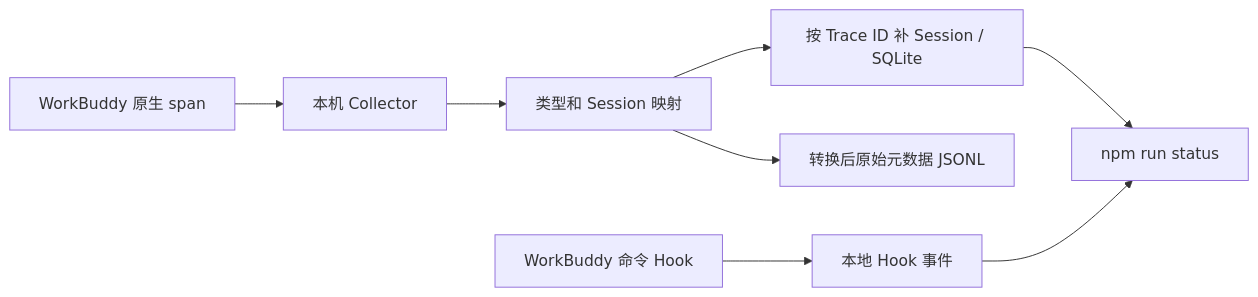
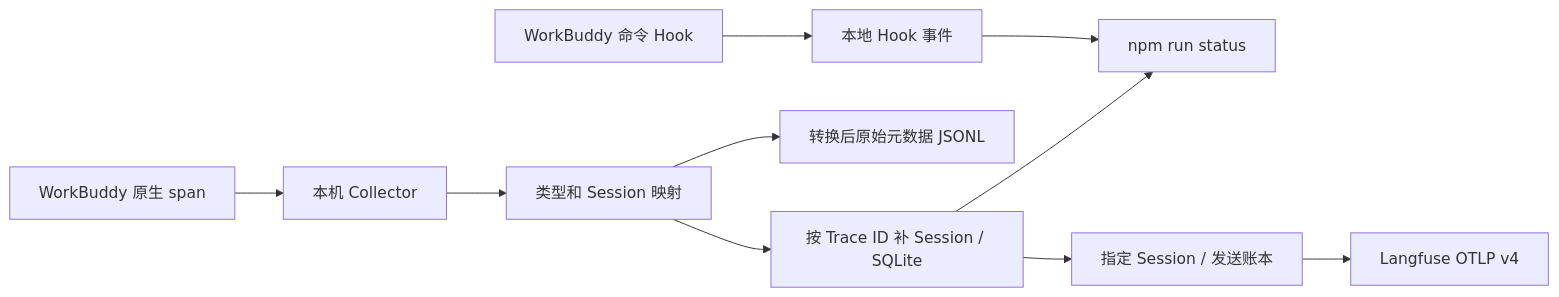
The diagram in README.md (fine405/langfuse-helper), drawn with Mermaid before and after one commit. The commit also changed other lines of this file and 10 other files, not shown here.

````diff
--- a/README.md
+++ b/README.md
@@ -69,10 +68,12 @@
 ```mermaid
 flowchart LR
   W[WorkBuddy 原生 span] --> C[本机 Collector]
   C --> M[类型和 Session 映射]
   M --> F[按 Trace ID 补 Session / SQLite]
   M --> R[转换后原始元数据 JSONL]
   H[WorkBuddy 命令 Hook] --> E[本地 Hook 事件]
   F --> S[npm run status]
+  F --> U[指定 Session / 发送账本]
+  U --> L[Langfuse OTLP v4]
   E --> S
 ```
````
